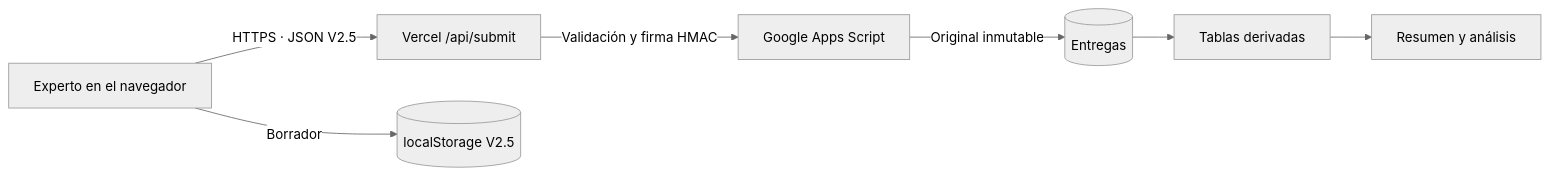
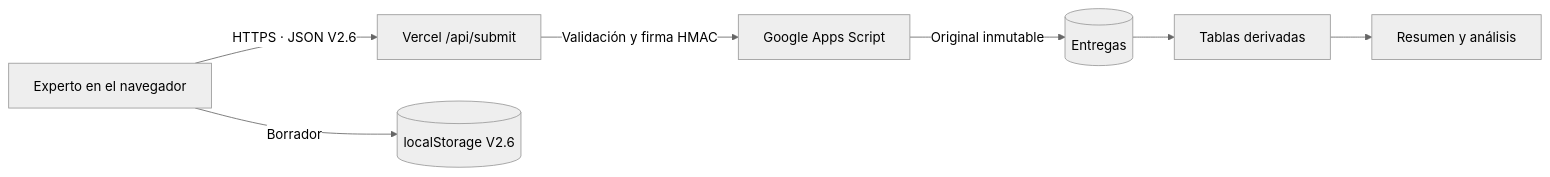
One commit to goncazasa/diagnostico-startup changed the diagram in docs/ARQUITECTURA-Y-OPERACION.md. Above: the diagram before and after it, drawn with Mermaid (neutral theme). The commit also changed other lines of this file and 22 other files, not shown here.

````diff
--- a/docs/ARQUITECTURA-Y-OPERACION.md
+++ b/docs/ARQUITECTURA-Y-OPERACION.md
@@ -5,9 +5,9 @@
 ```mermaid
 flowchart LR
-    E[Experto en el navegador] -->|HTTPS · JSON V2.5| V[Vercel /api/submit]
+    E[Experto en el navegador] -->|HTTPS · JSON V2.6| V[Vercel /api/submit]
     V -->|Validación y firma HMAC| G[Google Apps Script]
     G -->|Original inmutable| A[(Entregas)]
     A --> R[Tablas derivadas]
     R --> S[Resumen y análisis]
-    E -->|Borrador| L[(localStorage V2.5)]
+    E -->|Borrador| L[(localStorage V2.6)]
 ```
````
